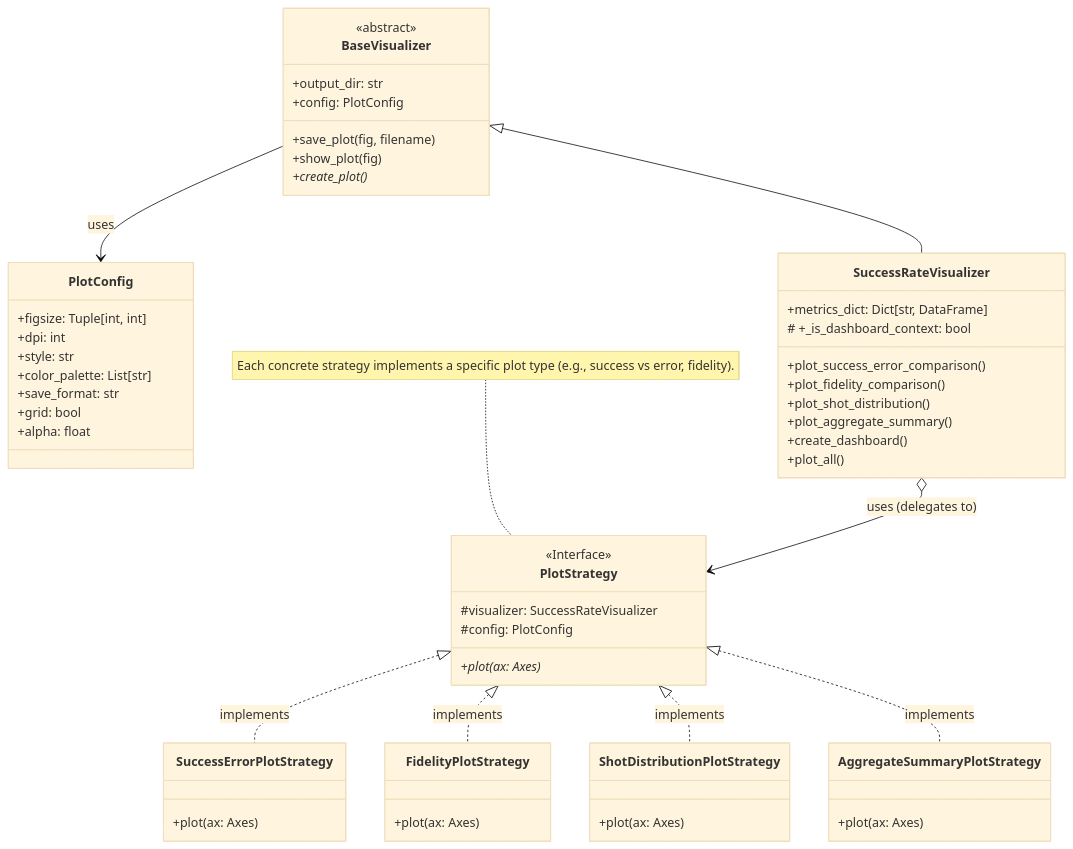
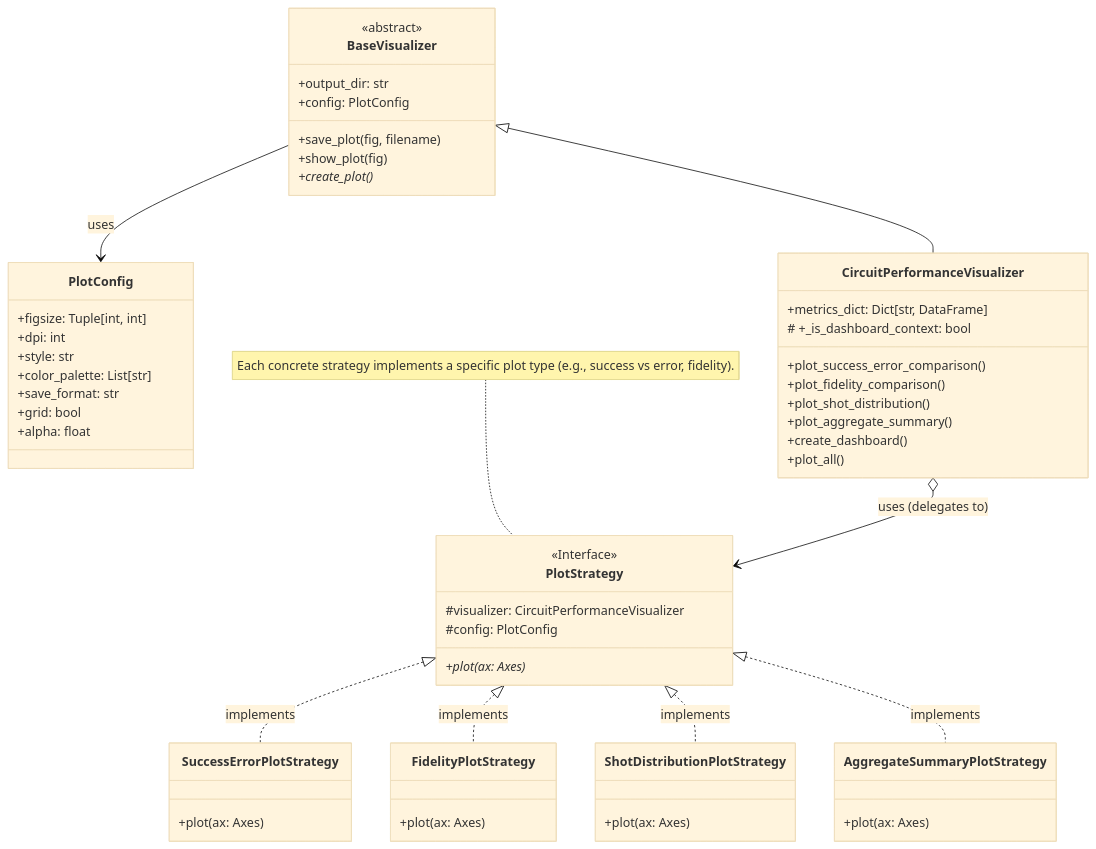
One commit to xthecapx/qiskit-qward changed the second of 2 diagrams in docs/technical_docs.md. Above: the diagram before and after it, drawn with Mermaid (base theme). The commit also changed other lines of this file and 11 other files, not shown here.

First line of the commit message:
Refactor and enhance circuit performance metrics and visualization

````diff
--- a/docs/technical_docs.md
+++ b/docs/technical_docs.md
@@ -247,63 +493,63 @@
 ```{mermaid}
 classDiagram
     class BaseVisualizer {
         <<abstract>>
         +output_dir: str
         +config: PlotConfig
         +save_plot(fig, filename)
         +show_plot(fig)
         +create_plot()*
     }
 
     class PlotConfig {
         +figsize: Tuple[int, int]
         +dpi: int
         +style: str
         +color_palette: List[str]
         +save_format: str
         +grid: bool
         +alpha: float
     }
 
-    class SuccessRateVisualizer {
+    class CircuitPerformanceVisualizer {
         +metrics_dict: Dict[str, DataFrame]
         # +_is_dashboard_context: bool
         +plot_success_error_comparison()
         +plot_fidelity_comparison()
         +plot_shot_distribution()
         +plot_aggregate_summary()
         +create_dashboard()
         +plot_all()
     }
 
     class PlotStrategy {
         <<Interface>>
-        #visualizer: SuccessRateVisualizer
+        #visualizer: CircuitPerformanceVisualizer
         #config: PlotConfig
         +plot(ax: Axes)*
     }
 
     class SuccessErrorPlotStrategy {
         +plot(ax: Axes)
     }
     class FidelityPlotStrategy {
         +plot(ax: Axes)
     }
     class ShotDistributionPlotStrategy {
         +plot(ax: Axes)
     }
     class AggregateSummaryPlotStrategy {
         +plot(ax: Axes)
     }
     
     note for PlotStrategy "Each concrete strategy implements a specific plot type (e.g., success vs error, fidelity)."
 
-    BaseVisualizer <|-- SuccessRateVisualizer
+    BaseVisualizer <|-- CircuitPerformanceVisualizer
     BaseVisualizer --> PlotConfig : uses
-    SuccessRateVisualizer o--> PlotStrategy : uses (delegates to)
+    CircuitPerformanceVisualizer o--> PlotStrategy : uses (delegates to)
 
     PlotStrategy <|.. SuccessErrorPlotStrategy : implements
     PlotStrategy <|.. FidelityPlotStrategy : implements
     PlotStrategy <|.. ShotDistributionPlotStrategy : implements
     PlotStrategy <|.. AggregateSummaryPlotStrategy : implements
 ```
````
